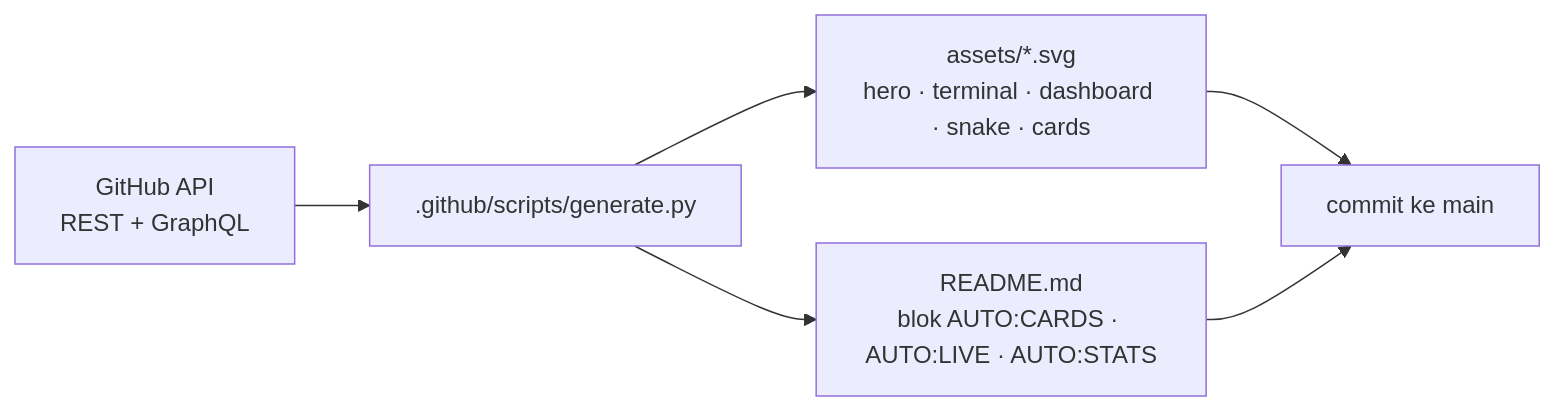
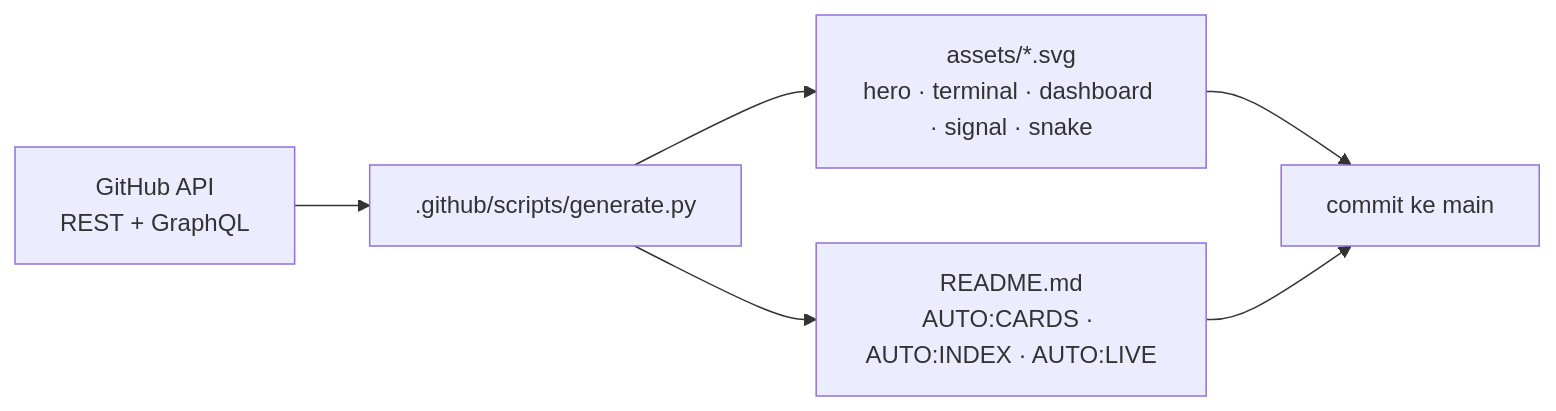
Before and after one commit to Ikyletwar/Ikyletwar: the diagram in README.md, drawn with Mermaid. The commit also changed other lines of this file and 12 other files, not shown here.

Commit message:
refactor(profile): compact layout — featured cards, full index in details, merged signal panel, local badges

````diff
--- a/README.md
+++ b/README.md
@@ -205,8 +214,8 @@
 ```mermaid
 flowchart LR
   A[GitHub API<br/>REST + GraphQL] --> B[.github/scripts/generate.py]
-  B --> C[assets/*.svg<br/>hero · terminal · dashboard · snake · cards]
-  B --> D[README.md<br/>blok AUTO:CARDS · AUTO:LIVE · AUTO:STATS]
+  B --> C[assets/*.svg<br/>hero · terminal · dashboard · signal · snake]
+  B --> D[README.md<br/>AUTO:CARDS · AUTO:INDEX · AUTO:LIVE]
   C --> E[commit ke main]
   D --> E
 ```
````
